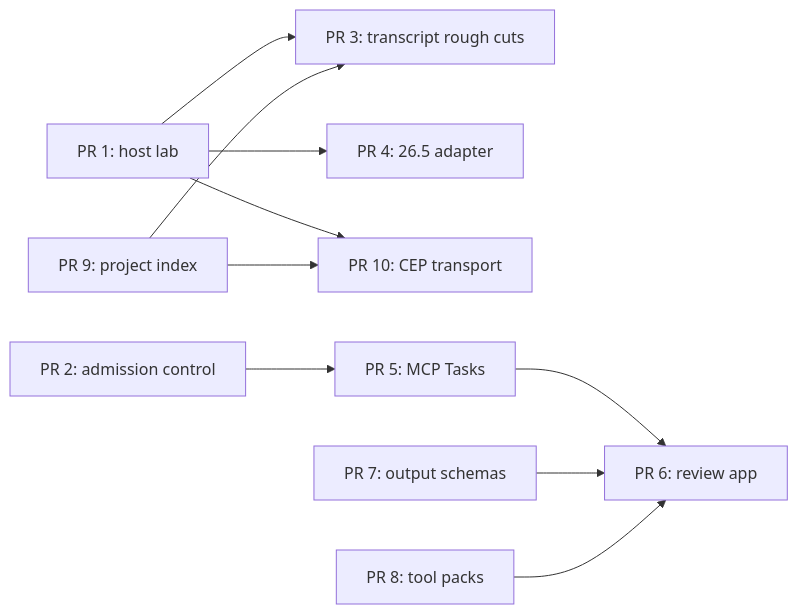
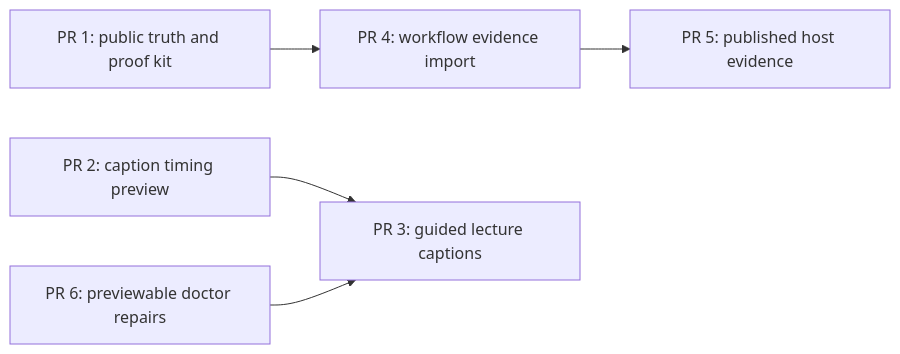
The diagram in docs/next-improvement-pr-roadmap.md (leancoderkavy/premiere-pro-mcp), drawn with Mermaid before and after one commit. The commit also changed other lines of this file and 7 other files, not shown here.

Commit message:
docs: add generated public workflow manifest

````diff
--- a/docs/next-improvement-pr-roadmap.md
+++ b/docs/next-improvement-pr-roadmap.md
@@ -59,12 +34,7 @@
 ```mermaid
 flowchart LR
-  P1["PR 1: host lab"] --> P3["PR 3: transcript rough cuts"]
-  P1 --> P4["PR 4: 26.5 adapter"]
-  P1 --> P10["PR 10: CEP transport"]
-  P2["PR 2: admission control"] --> P5["PR 5: MCP Tasks"]
-  P5 --> P6["PR 6: review app"]
-  P7["PR 7: output schemas"] --> P6
-  P8["PR 8: tool packs"] --> P6
-  P9["PR 9: project index"] --> P3
-  P9 --> P10
+  P1["PR 1: public truth and proof kit"] --> P4["PR 4: workflow evidence import"]
+  P2["PR 2: caption timing preview"] --> P3["PR 3: guided lecture captions"]
+  P4 --> P5["PR 5: published host evidence"]
+  P6["PR 6: previewable doctor repairs"] --> P3
 ```
````
